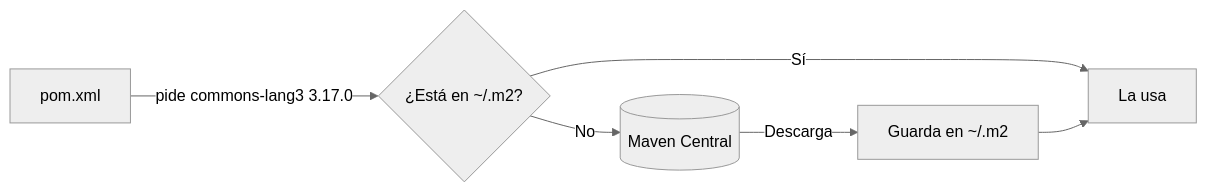
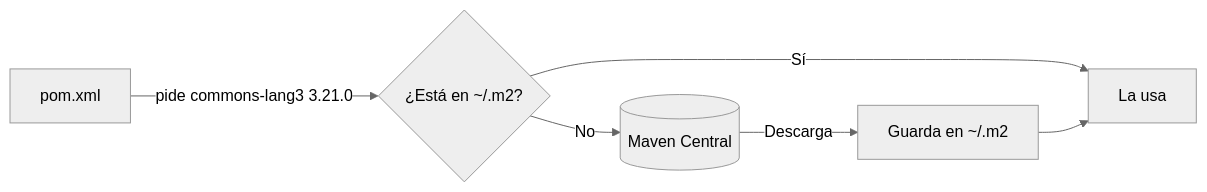
One commit to dgaysae/apuntes_dam_daw changed the first of 2 diagrams in src/site/notes/Asignaturas/1DAM_ED/Apuntes/Unidad 02/5. Herramientas de construcción (Build Tools) y gestión de dependencias.md. Above: the diagram before and after it, drawn with Mermaid (neutral theme). The commit also changed other lines of this file and 11 other files, not shown here.

````diff
--- a/src/site/notes/Asignaturas/1DAM_ED/Apuntes/Unidad 02/5. Herramientas de construcción (Build Tools) y gestión de dependencias.md
+++ b/src/site/notes/Asignaturas/1DAM_ED/Apuntes/Unidad 02/5. Herramientas de construcción (Build Tools) y gestión de dependencias.md
@@ -109,8 +176,8 @@
 ```mermaid
 flowchart LR
-    A[pom.xml] -->|"pide commons-lang3 3.17.0"| B{¿Está en ~/.m2?}
+    A[pom.xml] -->|"pide commons-lang3 3.21.0"| B{¿Está en ~/.m2?}
     B -->|Sí| D[La usa]
     B -->|No| C[(Maven Central)]
     C -->|Descarga| E[Guarda en ~/.m2]
     E --> D
 ```
````
